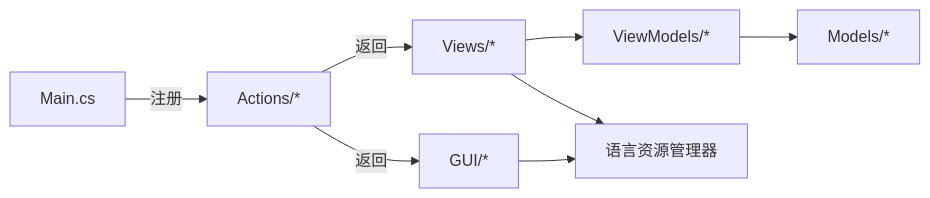
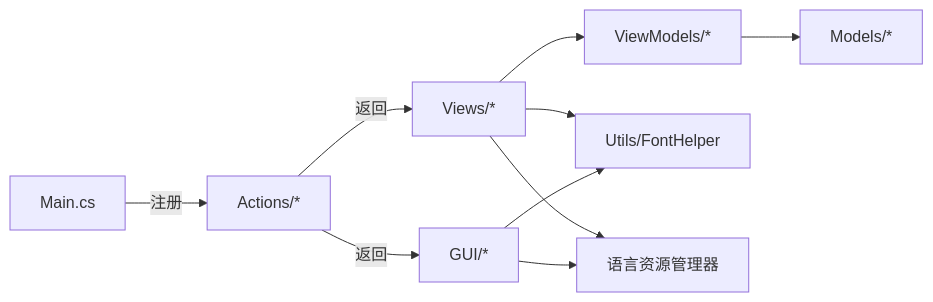
Diagram 18 of 18 in .qoder/repowiki/zh/content/开发者指南/GUI组件开发/GUI组件开发.md (tea4go/Macro-Deck-Windows-Utils-Plugin), drawn with Mermaid before and after one commit. The commit also changed other lines of this file and 13 other files, not shown here.

````diff
--- a/.qoder/repowiki/zh/content/开发者指南/GUI组件开发/GUI组件开发.md
+++ b/.qoder/repowiki/zh/content/开发者指南/GUI组件开发/GUI组件开发.md
@@ -367,10 +579,12 @@
 ```mermaid
 graph LR
 M["Main.cs"] --> |注册| ACTS["Actions/*"]
 ACTS --> |返回| GUIs["GUI/*"]
 ACTS --> |返回| VIEWS["Views/*"]
 VIEWS --> VM["ViewModels/*"]
 VM --> MODELS["Models/*"]
+GUIs --> FONT["Utils/FontHelper"]
+VIEWS --> FONT
 GUIs --> LANG["语言资源管理器"]
 VIEWS --> LANG
 ```
````
